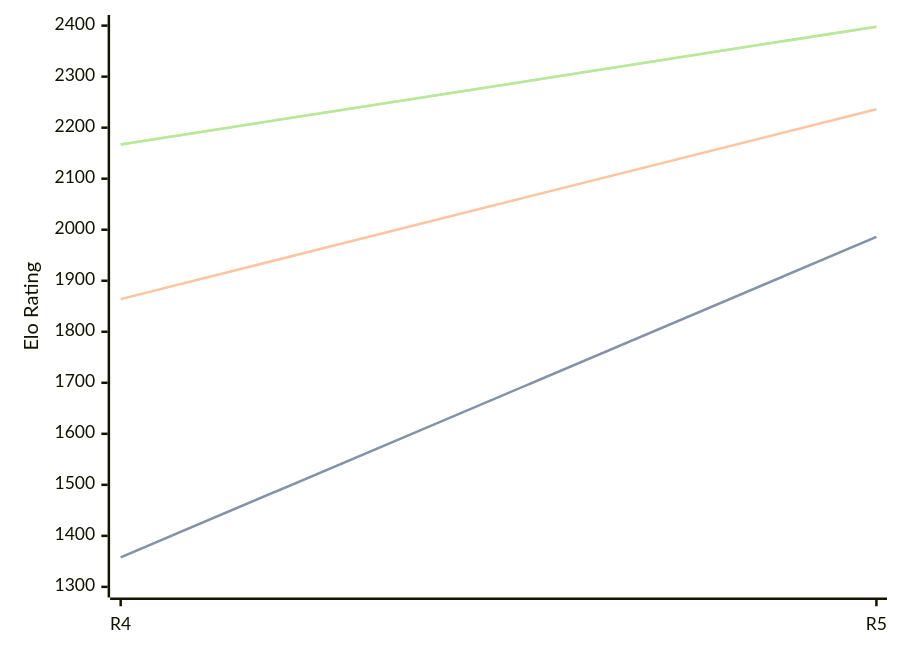
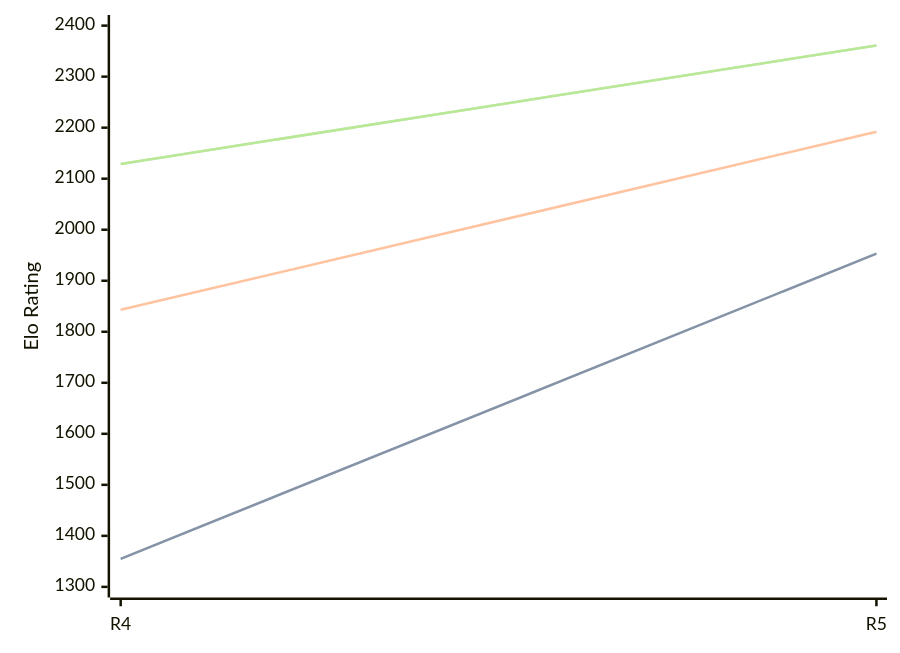
One commit to computer-chess-index/cci changed the diagram in engines/Viking.md. Above: the diagram before and after it, drawn with Mermaid. The commit also changed other lines of this file, not shown here.

Commit message:
Update CCI Ratings (ELO VLTC) - 2026-05-19

````diff
--- a/engines/Viking.md
+++ b/engines/Viking.md
@@ -35,11 +35,11 @@
 ```mermaid
 %%{init: {"theme":"base","themeVariables":{"seriesColors:['#a3a3a3','#222221','#faa371']}}}%%
 xychart-beta
   x-axis ["R4", "R5"]
   y-axis "Elo Rating" 1300 --> 2400
-  line "STC (8.0+0.08s)" [1358, 1986]
-  line "STC (8.0+0.08s)" [1358, 1986]
-  line "LTC (60.0+0.60s)" [1864, 2236]
-  line "VLTC (2m24s+1.12s)" [2167, 2398]
-  line "VLTC (2m24s+1.12s)" [2167, 2398]
+  line "STC (8.0+0.08s)" [1355, 1953]
+  line "STC (8.0+0.08s)" [1355, 1953]
+  line "LTC (60.0+0.60s)" [1843, 2192]
+  line "VLTC (2m24s+1.12s)" [2129, 2361]
+  line "VLTC (2m24s+1.12s)" [2129, 2361]
 ```
````
